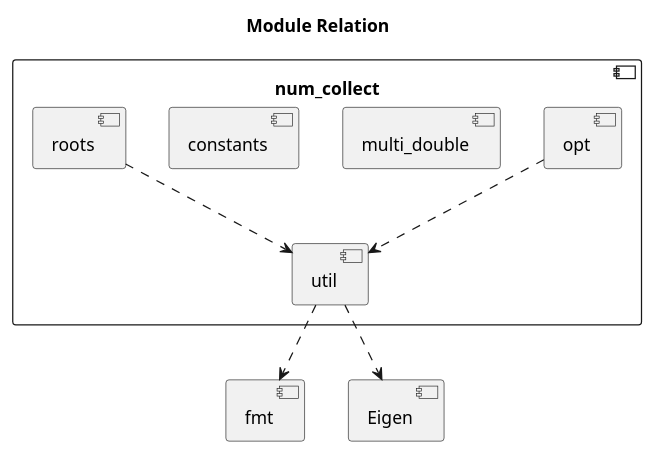
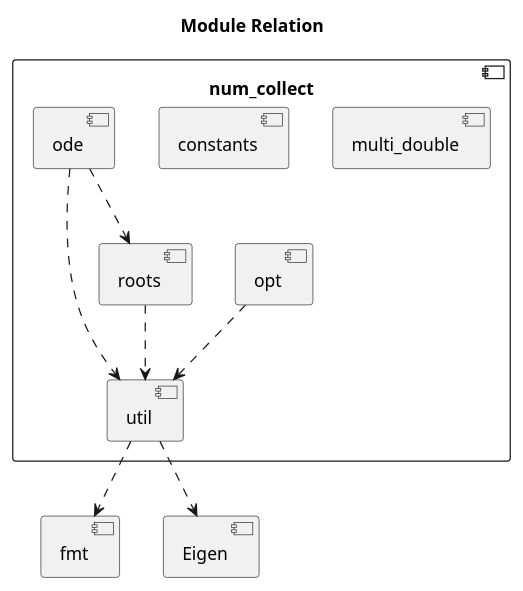
The diagram in doc/sphinx/src/modules.rst (MusicScience37/numerical-collection-cpp), drawn with PlantUML before and after one commit. The commit also changed 6 other files, not shown here.

```diff
--- a/doc/sphinx/src/modules.rst
+++ b/doc/sphinx/src/modules.rst
@@ -4,22 +4,26 @@
 .. uml::
 
     title Module Relation
 
     component fmt
     component Eigen
 
     component num_collect {
         component util
         util ..> fmt
         util ..> Eigen
 
         component opt
         opt ..> util
 
         component multi_double
 
         component constants
 
         component roots
         roots ..> util
+
+        component ode
+        ode ..> util
+        ode ..> roots
     }
```
